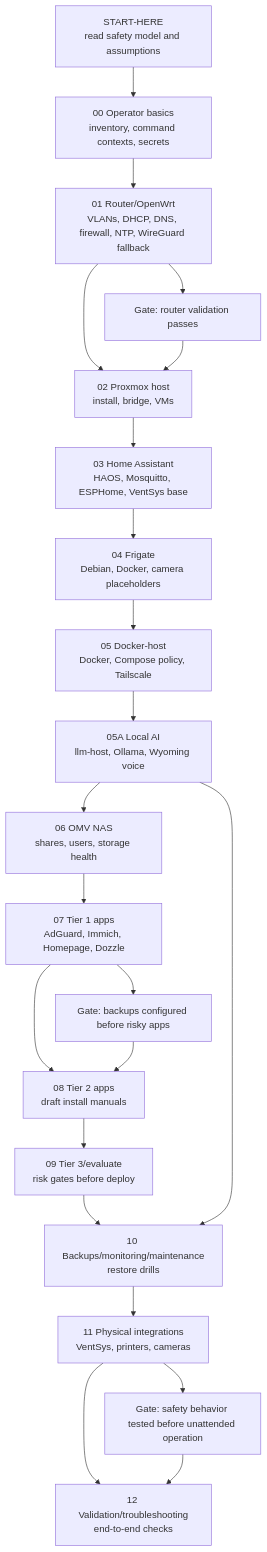
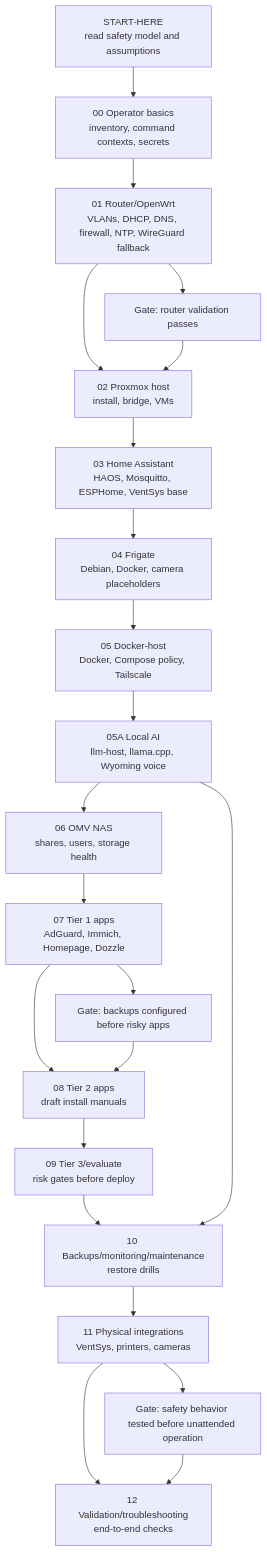
One commit to Nysplaidame/home-automation-project changed the diagram in main/docs/diagrams/install/install-sequence.mermaid. Above: the diagram before and after it, drawn with Mermaid. The commit also changed 99 other files, not shown here.

```diff
--- a/main/docs/diagrams/install/install-sequence.mermaid
+++ b/main/docs/diagrams/install/install-sequence.mermaid
@@ -1,30 +1,30 @@
 flowchart TB
     Start["START-HERE<br/>read safety model and assumptions"]
     P00["00 Operator basics<br/>inventory, command contexts, secrets"]
     P01["01 Router/OpenWrt<br/>VLANs, DHCP, DNS, firewall, NTP, WireGuard fallback"]
     P02["02 Proxmox host<br/>install, bridge, VMs"]
     P03["03 Home Assistant<br/>HAOS, Mosquitto, ESPHome, VentSys base"]
     P04["04 Frigate<br/>Debian, Docker, camera placeholders"]
     P05["05 Docker-host<br/>Docker, Compose policy, Tailscale"]
-    P05A["05A Local AI<br/>llm-host, Ollama, Wyoming voice"]
+    P05A["05A Local AI<br/>llm-host, llama.cpp, Wyoming voice"]
     P06["06 OMV NAS<br/>shares, users, storage health"]
     P07["07 Tier 1 apps<br/>AdGuard, Immich, Homepage, Dozzle"]
     P08["08 Tier 2 apps<br/>draft install manuals"]
     P09["09 Tier 3/evaluate<br/>risk gates before deploy"]
     P10["10 Backups/monitoring/maintenance<br/>restore drills"]
     P11["11 Physical integrations<br/>VentSys, printers, cameras"]
     P12["12 Validation/troubleshooting<br/>end-to-end checks"]
 
     Start --> P00 --> P01 --> P02 --> P03 --> P04 --> P05 --> P05A --> P06 --> P07 --> P08 --> P09 --> P10 --> P11 --> P12
 
     Gate1["Gate: router validation passes"]
     Gate2["Gate: backups configured before risky apps"]
     Gate3["Gate: safety behavior tested before unattended operation"]
 
     P01 --> Gate1
     Gate1 --> P02
     P05A --> P10
     P07 --> Gate2
     Gate2 --> P08
     P11 --> Gate3
     Gate3 --> P12
```
